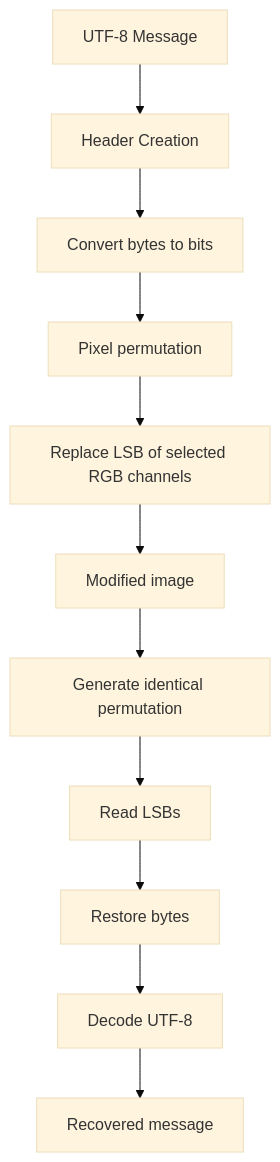
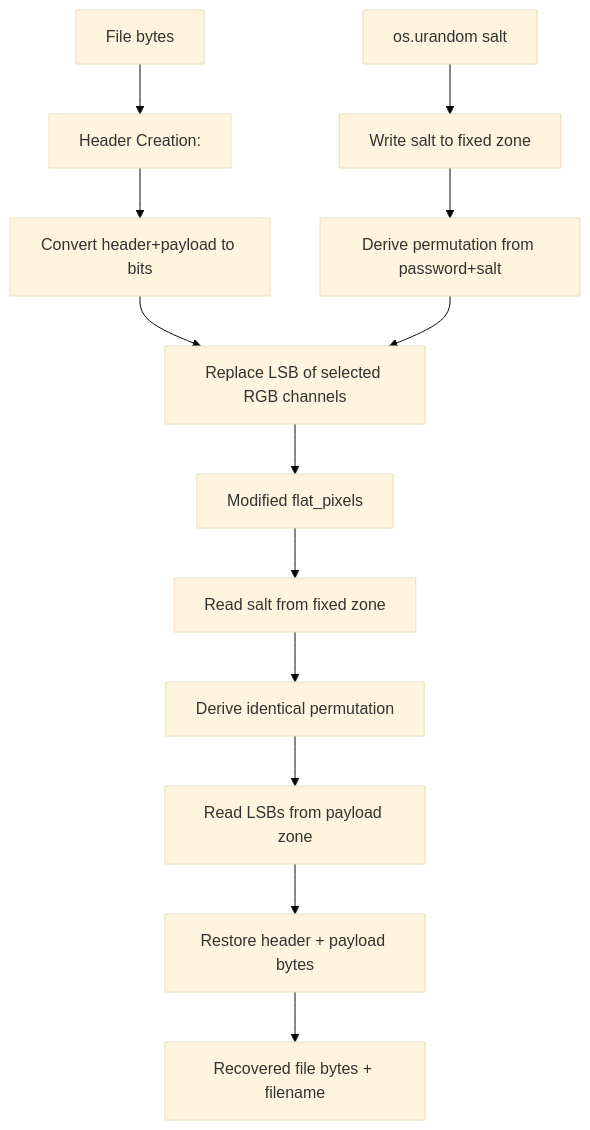
One commit to m000gg/camougg changed the second of 2 diagrams in docs/features/LeastSignificantBit-2.md. Above: the diagram before and after it, drawn with Mermaid (base theme). The commit also changed other lines of this file and 25 other files, not shown here.

````diff
--- a/docs/features/LeastSignificantBit-2.md
+++ b/docs/features/LeastSignificantBit-2.md
@@ -359,23 +482,19 @@
 ```mermaid
 graph TD
 
-A[UTF-8 Message] --> B[Header Creation]
+A[File bytes] --> B["Header Creation: <len|filename>"]
+B --> C[Convert header+payload to bits]
 
-B --> C[Convert bytes to bits]
+S1[os.urandom salt] --> S2[Write salt to fixed zone]
+S2 --> D[Derive permutation from password+salt]
 
-C --> D[Pixel permutation]
+C --> E["Replace LSB of selected RGB channels"]
+D --> E
+E --> F[Modified flat_pixels]
 
-D --> E["Replace LSB of selected RGB channels"]
-
-E --> F[Modified image]
-
-F --> G[Generate identical permutation]
-
-G --> H[Read LSBs]
-
-H --> I[Restore bytes]
-
-I --> J[Decode UTF-8]
-
-J --> K[Recovered message]
+F --> G["Read salt from fixed zone"]
+G --> H[Derive identical permutation]
+H --> I[Read LSBs from payload zone]
+I --> J[Restore header + payload bytes]
+J --> K[Recovered file bytes + filename]
 ```
````
